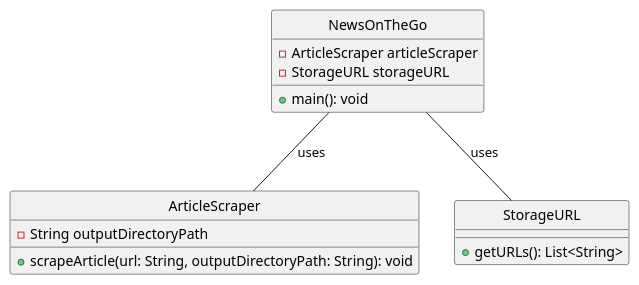
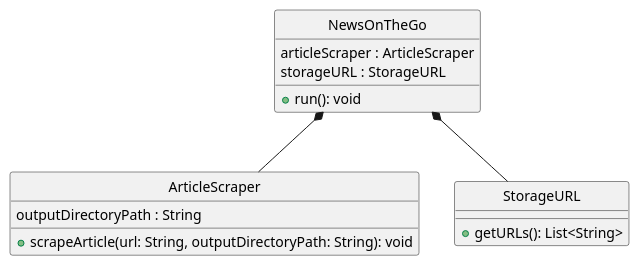
One commit to AhmedShaiyan/tp changed the diagram in docs/UML_Diagrams/ArticleScraperClass.puml. Above: the diagram before and after it, drawn with PlantUML. The commit also changed 8 other files, not shown here.

```diff
--- a/docs/UML_Diagrams/ArticleScraperClass.puml
+++ b/docs/UML_Diagrams/ArticleScraperClass.puml
@@ -1,24 +1,24 @@
 @startuml
 'https://plantuml.com/class-diagram
 
 hide circle
 
 class ArticleScraper {
-    -String outputDirectoryPath
+    outputDirectoryPath : String
     +scrapeArticle(url: String, outputDirectoryPath: String): void
 }
 
 class NewsOnTheGo {
-    -ArticleScraper articleScraper
-    -StorageURL storageURL
-    +main(): void
+    articleScraper : ArticleScraper
+    storageURL : StorageURL
+    +run(): void
 }
 
 class StorageURL {
     +getURLs(): List<String>
 }
 
-NewsOnTheGo -- ArticleScraper : "uses"
-NewsOnTheGo -- StorageURL : "uses"
+NewsOnTheGo *-- ArticleScraper
+NewsOnTheGo *-- StorageURL
 
 @enduml
```
